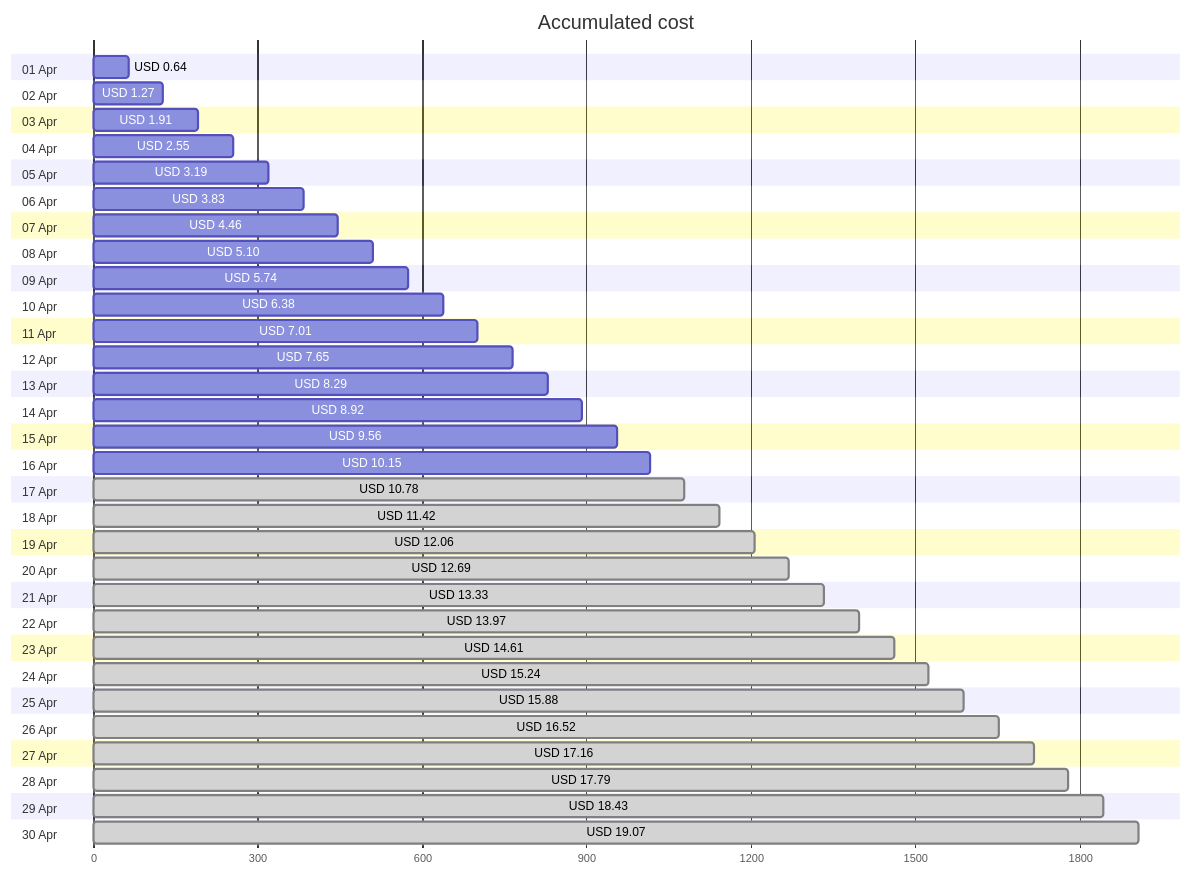
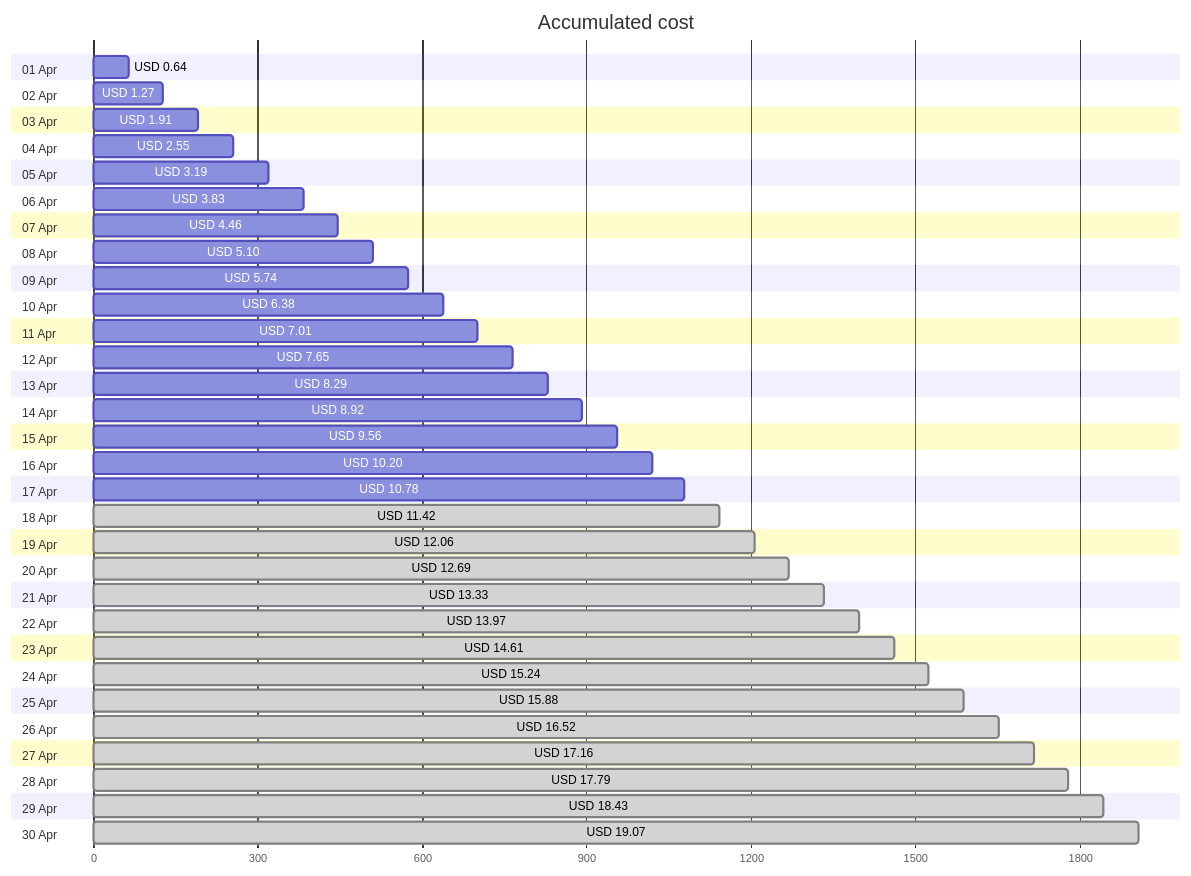
The first of 4 diagrams in cost-reports/accumulated-cost.md (jpfulton/azure-personal-reports), drawn with Mermaid before and after one commit. The commit also changed other lines of this file and 4 other files, not shown here.

````diff
--- a/cost-reports/accumulated-cost.md
+++ b/cost-reports/accumulated-cost.md
@@ -20,66 +20,66 @@
 ```mermaid
 gantt
    title Accumulated cost
    dateFormat  X
    axisFormat %s
    section 01 Apr
    USD 0.64 :0, 64
    section 02 Apr
    USD 1.27 :0, 127
    section 03 Apr
    USD 1.91 :0, 191
    section 04 Apr
    USD 2.55 :0, 255
    section 05 Apr
    USD 3.19 :0, 319
    section 06 Apr
    USD 3.83 :0, 383
    section 07 Apr
    USD 4.46 :0, 446
    section 08 Apr
    USD 5.10 :0, 510
    section 09 Apr
    USD 5.74 :0, 574
    section 10 Apr
    USD 6.38 :0, 638
    section 11 Apr
    USD 7.01 :0, 701
    section 12 Apr
    USD 7.65 :0, 765
    section 13 Apr
    USD 8.29 :0, 829
    section 14 Apr
    USD 8.92 :0, 892
    section 15 Apr
    USD 9.56 :0, 956
    section 16 Apr
-   USD 10.15 :0, 1015
+   USD 10.20 :0, 1020
    section 17 Apr
-   USD 10.78 : done, 0, 1078
+   USD 10.78 :0, 1078
    section 18 Apr
    USD 11.42 : done, 0, 1142
    section 19 Apr
    USD 12.06 : done, 0, 1206
    section 20 Apr
    USD 12.69 : done, 0, 1269
    section 21 Apr
    USD 13.33 : done, 0, 1333
    section 22 Apr
    USD 13.97 : done, 0, 1397
    section 23 Apr
    USD 14.61 : done, 0, 1461
    section 24 Apr
    USD 15.24 : done, 0, 1524
    section 25 Apr
    USD 15.88 : done, 0, 1588
    section 26 Apr
    USD 16.52 : done, 0, 1652
    section 27 Apr
    USD 17.16 : done, 0, 1716
    section 28 Apr
    USD 17.79 : done, 0, 1779
    section 29 Apr
    USD 18.43 : done, 0, 1843
    section 30 Apr
    USD 19.07 : done, 0, 1907
 ```
````
